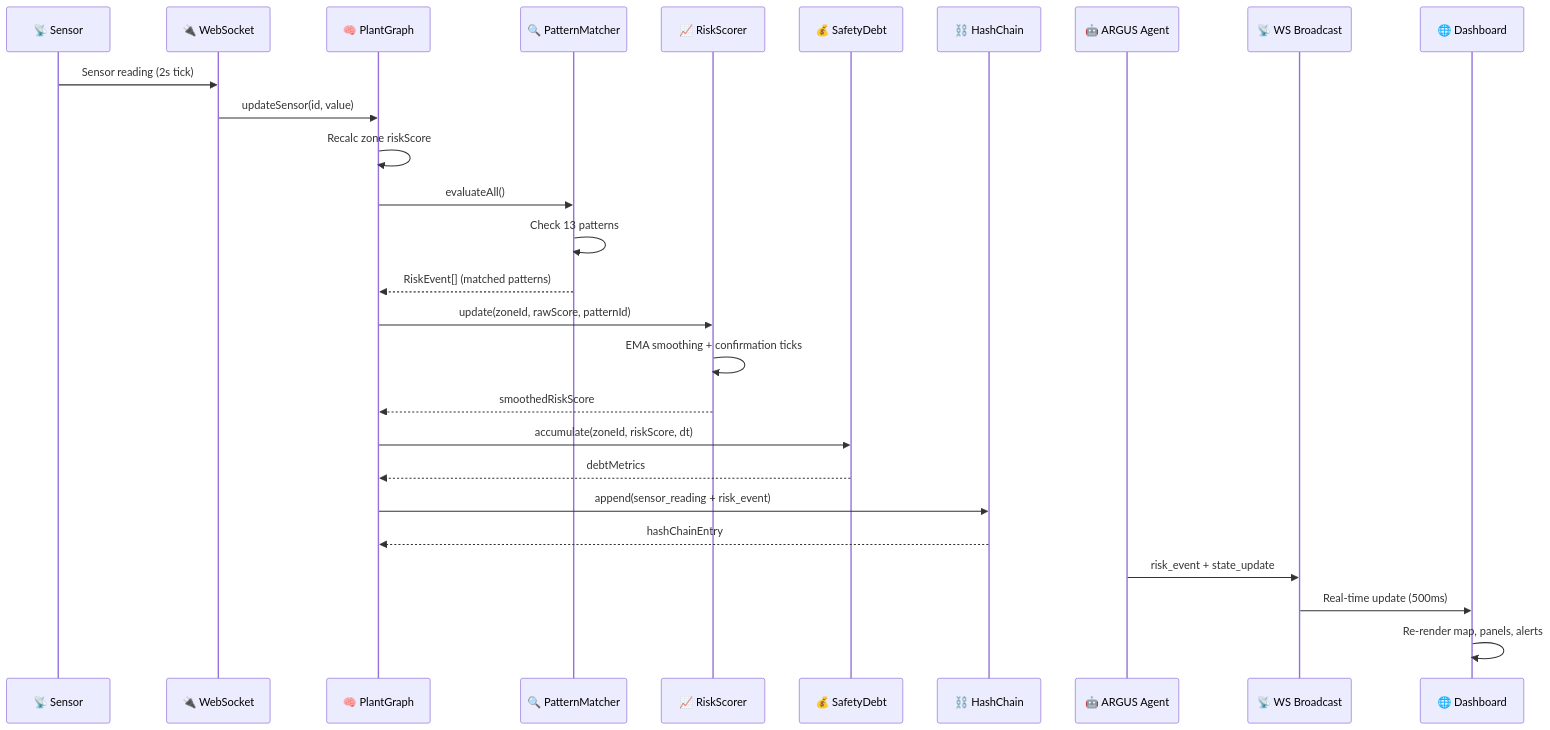
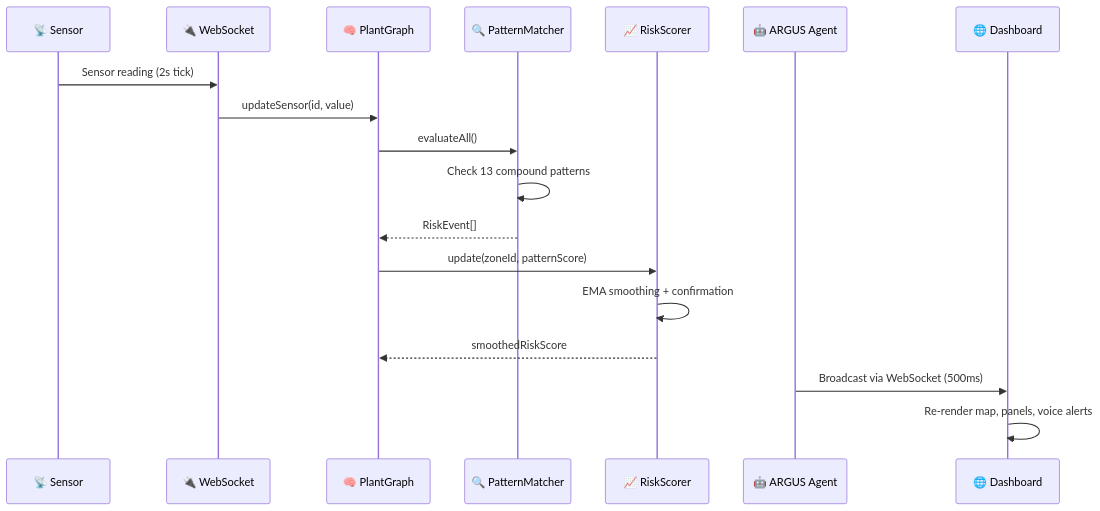
The third of 3 diagrams in README.md (Vishallakshmikanthan/Safentra), drawn with Mermaid before and after one commit. The commit also changed other lines of this file, not shown here.

````diff
--- a/README.md
+++ b/README.md
@@ -342,30 +200,21 @@
 ```mermaid
 sequenceDiagram
     participant Sensor as 📡 Sensor
     participant WS as 🔌 WebSocket
     participant Graph as 🧠 PlantGraph
     participant Pattern as 🔍 PatternMatcher
     participant Risk as 📈 RiskScorer
-    participant Debt as 💰 SafetyDebt
-    participant Ledger as ⛓️ HashChain
     participant ARGUS as 🤖 ARGUS Agent
-    participant Broadcast as 📡 WS Broadcast
     participant UI as 🌐 Dashboard
 
     Sensor->>WS: Sensor reading (2s tick)
     WS->>Graph: updateSensor(id, value)
-    Graph->>Graph: Recalc zone riskScore
     Graph->>Pattern: evaluateAll()
-    Pattern->>Pattern: Check 13 patterns
-    Pattern-->>Graph: RiskEvent[] (matched patterns)
-    Graph->>Risk: update(zoneId, rawScore, patternId)
-    Risk->>Risk: EMA smoothing + confirmation ticks
+    Pattern->>Pattern: Check 13 compound patterns
+    Pattern-->>Graph: RiskEvent[]
+    Graph->>Risk: update(zoneId, patternScore)
+    Risk->>Risk: EMA smoothing + confirmation
     Risk-->>Graph: smoothedRiskScore
-    Graph->>Debt: accumulate(zoneId, riskScore, dt)
-    Debt-->>Graph: debtMetrics
-    Graph->>Ledger: append(sensor_reading + risk_event)
-    Ledger-->>Graph: hashChainEntry
-    ARGUS->>Broadcast: risk_event + state_update
-    Broadcast->>UI: Real-time update (500ms)
-    UI->>UI: Re-render map, panels, alerts
+    ARGUS->>UI: Broadcast via WebSocket (500ms)
+    UI->>UI: Re-render map, panels, voice alerts
 ```
````
